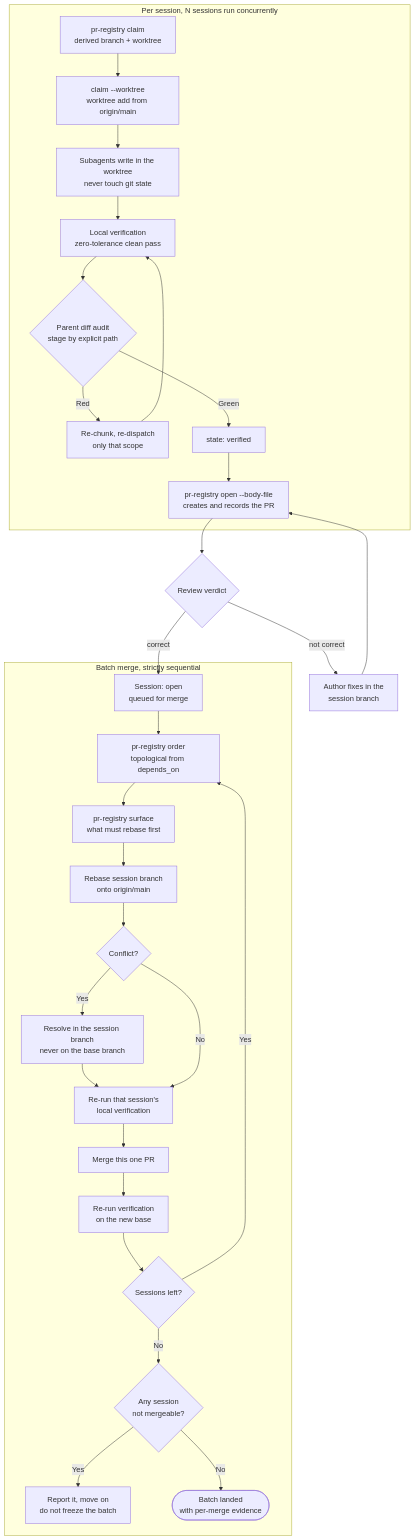
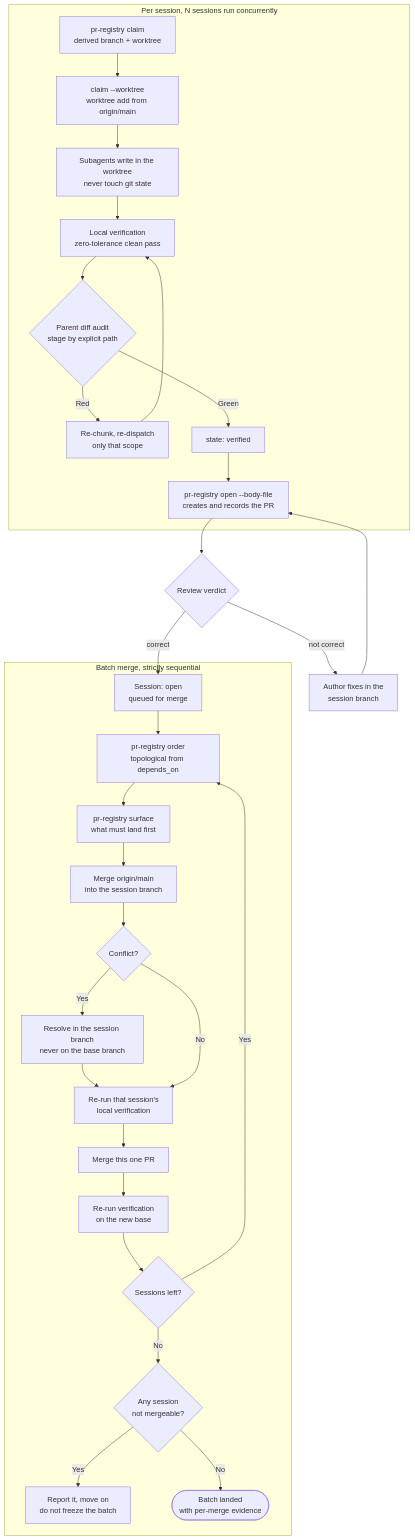
The second of 2 diagrams in skills/sucp-verify-deliver/SKILL.md (belajarcarabelajar/vivera), drawn with Mermaid before and after one commit. The commit also changed other lines of this file and 11 other files, not shown here.

First line of the commit message:
docs(pipeline): bring the base into a PR'd session branch by merge, not rebase

````diff
--- a/skills/sucp-verify-deliver/SKILL.md
+++ b/skills/sucp-verify-deliver/SKILL.md
@@ -145,35 +145,35 @@
 ```mermaid
 flowchart TD
     accTitle: Session isolation, pull request delivery, and ordered batch merge
-    accDescr: Each session claims a derived branch and worktree, subagents write only inside it, local verification and the parent diff audit gate the pull request, a reviewer fetches the remote state and returns a binary verdict, and the batch merges in topological order with a rebase and a local check before every individual merge.
+    accDescr: Each session claims a derived branch and worktree, subagents write only inside it, local verification and the parent diff audit gate the pull request, a reviewer fetches the remote state and returns a binary verdict, and the batch merges in topological order with the base merged into the branch and a local check before every individual merge.
     subgraph Per["Per session, N sessions run concurrently"]
         Claim["pr-registry claim<br/>derived branch + worktree"] --> Wt["claim --worktree<br/>worktree add from origin/main"]
         Wt --> Fan["Subagents write in the worktree<br/>never touch git state"]
         Fan --> Verify["Local verification<br/>zero-tolerance clean pass"]
         Verify --> Audit{"Parent diff audit<br/>stage by explicit path"}
         Audit -->|"Red"| Redo["Re-chunk, re-dispatch<br/>only that scope"]
         Redo --> Verify
         Audit -->|"Green"| State["state: verified"]
         State --> Pr["pr-registry open --body-file<br/>creates and records the PR"]
     end
     Pr --> Rev{"Review verdict"}
     Rev -->|"not correct"| Fix["Author fixes in the<br/>session branch"]
     Fix --> Pr
     Rev -->|"correct"| Open["Session: open<br/>queued for merge"]
     subgraph Batch["Batch merge, strictly sequential"]
         Open --> Order["pr-registry order<br/>topological from depends_on"]
-        Order --> Surf["pr-registry surface<br/>what must rebase first"]
-        Surf --> Rebase["Rebase session branch<br/>onto origin/main"]
-        Rebase --> Conflict{"Conflict?"}
+        Order --> Surf["pr-registry surface<br/>what must land first"]
+        Surf --> Update["Merge origin/main<br/>into the session branch"]
+        Update --> Conflict{"Conflict?"}
         Conflict -->|"Yes"| Resolve["Resolve in the session branch<br/>never on the base branch"]
         Resolve --> Recheck["Re-run that session's<br/>local verification"]
         Conflict -->|"No"| Recheck
         Recheck --> Merge["Merge this one PR"]
         Merge --> Post["Re-run verification<br/>on the new base"]
         Post --> More{"Sessions left?"}
         More -->|"Yes"| Order
         More -->|"No"| Blocked{"Any session<br/>not mergeable?"}
         Blocked -->|"Yes"| Report["Report it, move on<br/>do not freeze the batch"]
         Blocked -->|"No"| Done(["Batch landed<br/>with per-merge evidence"])
     end
 ```
````
